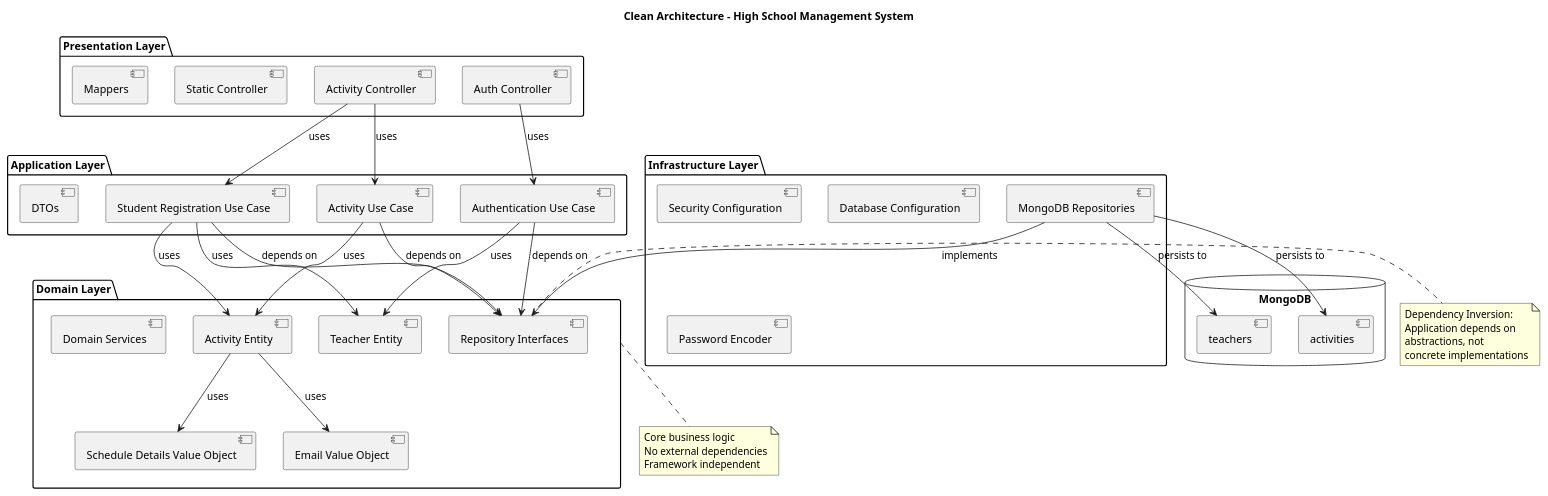
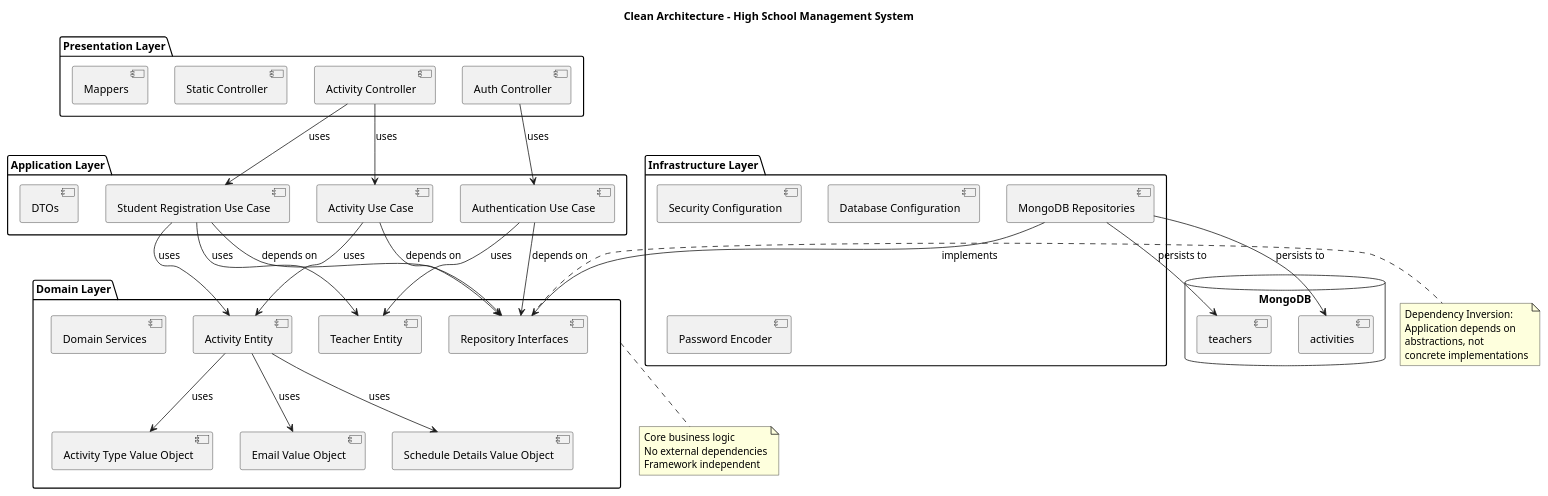
Before and after one commit to andrefontourainvillia/java-copilot-code-agent8: the diagram in docs/architecture/clean-architecture.puml, drawn with PlantUML.

Commit message:
Update architecture diagram and finalize documentation

```diff
--- a/docs/architecture/clean-architecture.puml
+++ b/docs/architecture/clean-architecture.puml
@@ -1,72 +1,74 @@
 @startuml clean-architecture
 title Clean Architecture - High School Management System
 
 package "Presentation Layer" {
     [Activity Controller]
     [Auth Controller]
     [Static Controller]
     [Mappers]
 }
 
 package "Application Layer" {
     [Activity Use Case]
     [Authentication Use Case]
     [Student Registration Use Case]
     [DTOs]
 }
 
 package "Domain Layer" {
     [Activity Entity]
     [Teacher Entity]
+    [Activity Type Value Object]
     [Email Value Object]
     [Schedule Details Value Object]
     [Repository Interfaces]
     [Domain Services]
 }
 
 package "Infrastructure Layer" {
     [MongoDB Repositories]
     [Security Configuration]
     [Database Configuration]
     [Password Encoder]
 }
 
 database "MongoDB" {
     [activities]
     [teachers]
 }
 
 [Activity Controller] --> [Activity Use Case] : uses
 [Activity Controller] --> [Student Registration Use Case] : uses
 [Auth Controller] --> [Authentication Use Case] : uses
 
 [Activity Use Case] --> [Activity Entity] : uses
 [Authentication Use Case] --> [Teacher Entity] : uses
 [Student Registration Use Case] --> [Activity Entity] : uses
 [Student Registration Use Case] --> [Teacher Entity] : uses
 
 [Activity Use Case] --> [Repository Interfaces] : depends on
 [Authentication Use Case] --> [Repository Interfaces] : depends on
 [Student Registration Use Case] --> [Repository Interfaces] : depends on
 
 [MongoDB Repositories] --> [Repository Interfaces] : implements
 [MongoDB Repositories] --> [activities] : persists to
 [MongoDB Repositories] --> [teachers] : persists to
 
+[Activity Entity] --> [Activity Type Value Object] : uses
 [Activity Entity] --> [Email Value Object] : uses
 [Activity Entity] --> [Schedule Details Value Object] : uses
 
 note right of [Repository Interfaces]
     Dependency Inversion:
     Application depends on
     abstractions, not
     concrete implementations
 end note
 
 note bottom of [Domain Layer]
     Core business logic
     No external dependencies
     Framework independent
 end note
 
 @enduml
```
